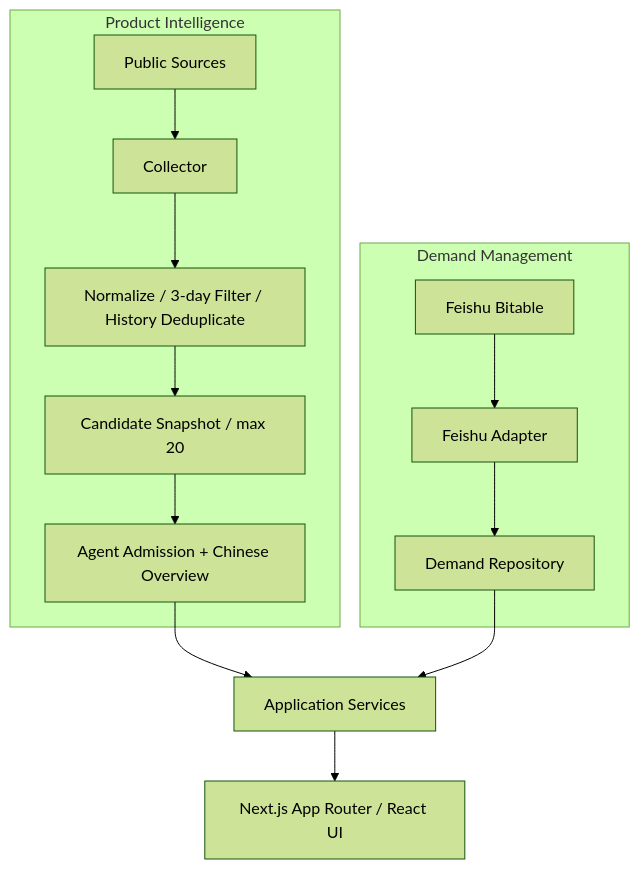
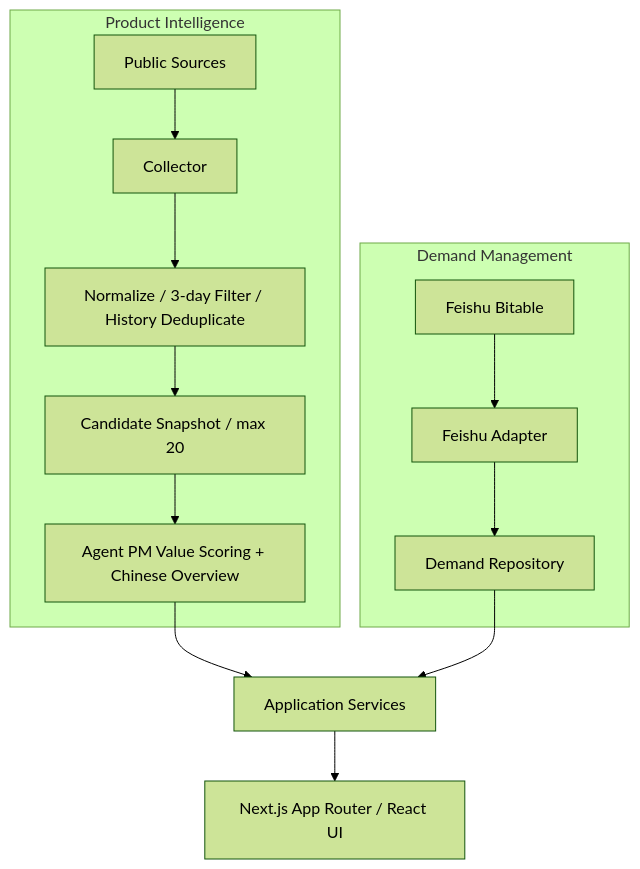
Before and after one commit to bbc804208302/AIPM-: the third of 5 diagrams in README.md, drawn with Mermaid (forest theme). The commit also changed other lines of this file and 24 other files, not shown here.

````diff
--- a/README.md
+++ b/README.md
@@ -155,18 +155,18 @@
 ```mermaid
 flowchart TB
   subgraph Intelligence[Product Intelligence]
     PS[Public Sources] --> CO[Collector]
     CO --> NR[Normalize / 3-day Filter / History Deduplicate]
     NR --> IR[Candidate Snapshot / max 20]
-    IR --> IA[Agent Admission + Chinese Overview]
+    IR --> IA[Agent PM Value Scoring + Chinese Overview]
   end
 
   subgraph Demand[Demand Management]
     FB[Feishu Bitable] --> FA[Feishu Adapter]
     FA --> DR[Demand Repository]
   end
 
   IA --> AS[Application Services]
   DR --> AS
   AS --> UI[Next.js App Router / React UI]
 ```
````
